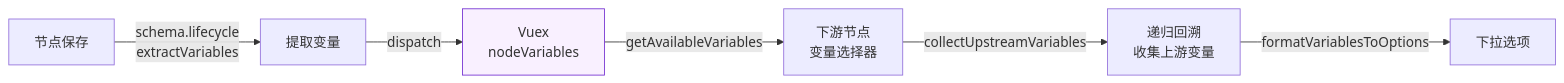
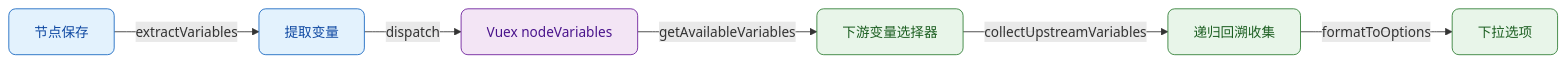
One commit to zhaoky/site changed the fifth of 11 diagrams in docs/exp/javascript/107.md. Above: the diagram before and after it, drawn with Mermaid. The commit also changed other lines of this file, not shown here.

Commit message:
feat: 更新文档，重构架构图并增强层级分离描述

````diff
--- a/docs/exp/javascript/107.md
+++ b/docs/exp/javascript/107.md
@@ -286,10 +342,16 @@
 ```mermaid
 flowchart LR
-    A["节点保存"] -->|"schema.lifecycle<br/>extractVariables"| B["提取变量"]
-    B -->|"dispatch"| C["Vuex<br/>nodeVariables"]
-    C -->|"getAvailableVariables"| D["下游节点<br/>变量选择器"]
-    D -->|"collectUpstreamVariables"| E["递归回溯<br/>收集上游变量"]
-    E -->|"formatVariablesToOptions"| F["下拉选项"]
+    classDef action fill:#E3F2FD,stroke:#1565C0,rx:8,color:#0D47A1
+    classDef store fill:#F3E5F5,stroke:#6A1B9A,rx:8,color:#4A148C
+    classDef output fill:#E8F5E9,stroke:#2E7D32,rx:8,color:#1B5E20
 
-    style C fill:#f9f0ff,stroke:#722ed1
+    A["节点保存"] -->|"extractVariables"| B["提取变量"]
+    B -->|"dispatch"| C["Vuex nodeVariables"]
+    C -->|"getAvailableVariables"| D["下游变量选择器"]
+    D -->|"collectUpstreamVariables"| E["递归回溯收集"]
+    E -->|"formatToOptions"| F["下拉选项"]
+
+    class A,B action
+    class C store
+    class D,E,F output
 ```
````
